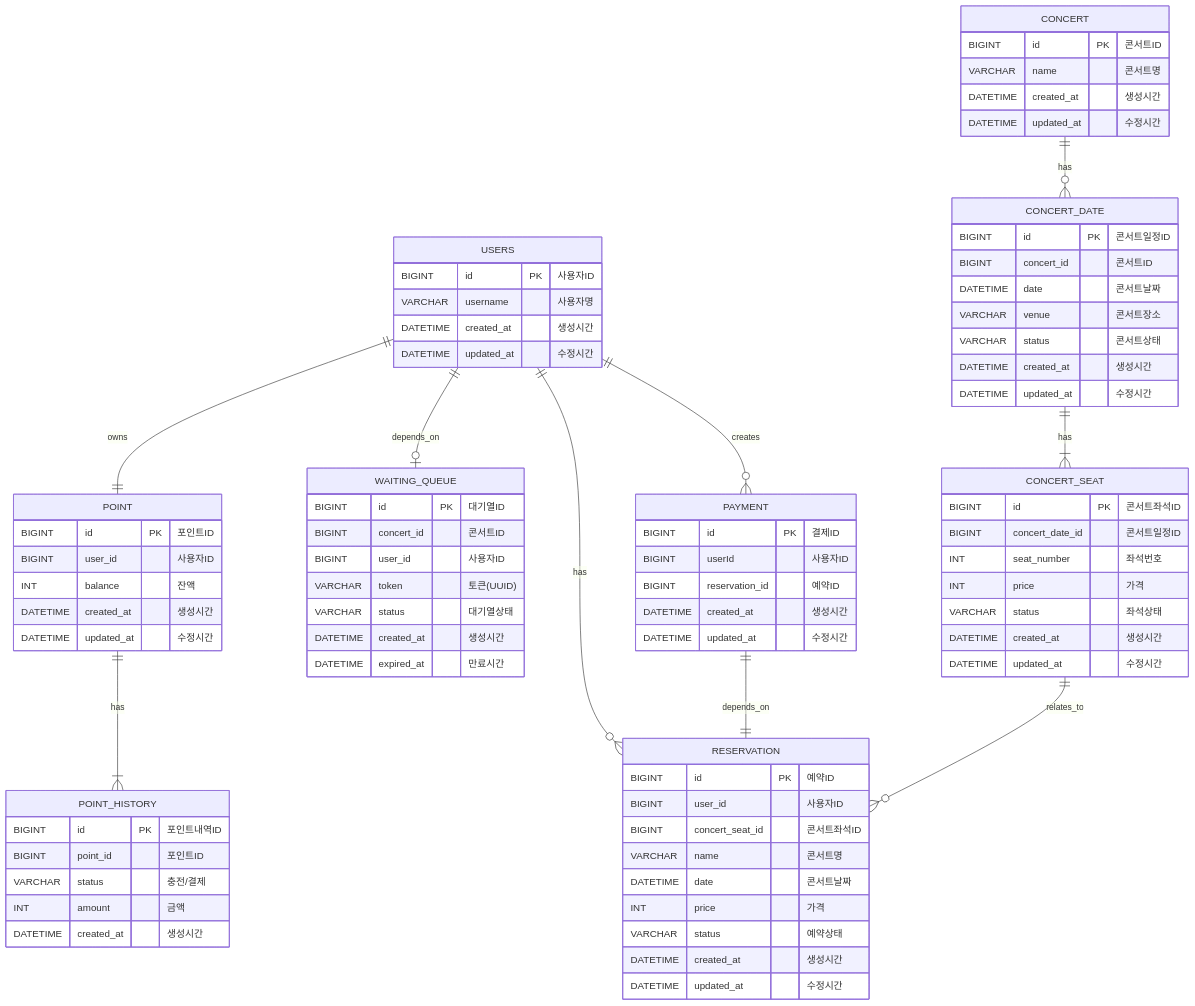
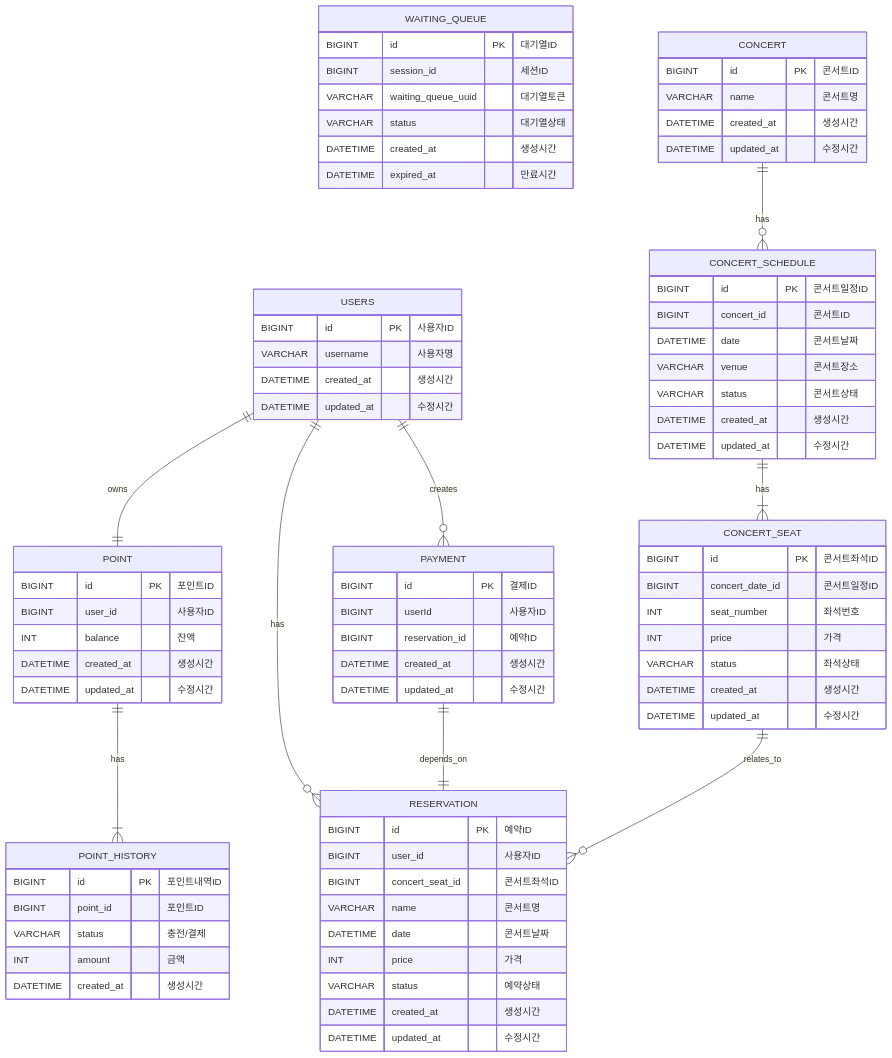
The diagram in docs/ERD.md (jjeongminchoi/hanghae-concert-reservation), drawn with Mermaid before and after one commit. The commit also changed 14 other files, not shown here.

```diff
--- a/docs/ERD.md
+++ b/docs/ERD.md
@@ -2,7 +2,6 @@
 
 erDiagram
     USERS ||--|| POINT : owns
-    USERS ||--o| WAITING_QUEUE : depends_on
     USERS ||--o{ RESERVATION : has
     USERS ||--o{ PAYMENT : creates
     USERS {
@@ -31,15 +30,14 @@
     
     WAITING_QUEUE {
         BIGINT id PK "대기열ID"
-        BIGINT concert_id "콘서트ID"
-        BIGINT user_id "사용자ID"
-        VARCHAR token "토큰(UUID)"
+        BIGINT session_id "세션ID"
+        VARCHAR waiting_queue_uuid "대기열토큰"
         VARCHAR status "대기열상태"
         DATETIME created_at "생성시간"
         DATETIME expired_at "만료시간"
     }
 
-    CONCERT ||--o{ CONCERT_DATE : has
+    CONCERT ||--o{ CONCERT_SCHEDULE : has
     CONCERT {
         BIGINT id PK "콘서트ID"
         VARCHAR name "콘서트명"
@@ -47,8 +45,8 @@
         DATETIME updated_at "수정시간"
     }
 
-    CONCERT_DATE ||--|{ CONCERT_SEAT : has
-    CONCERT_DATE {
+    CONCERT_SCHEDULE ||--|{ CONCERT_SEAT : has
+    CONCERT_SCHEDULE {
         BIGINT id PK "콘서트일정ID"
         BIGINT concert_id "콘서트ID"
         DATETIME date "콘서트날짜"
```
